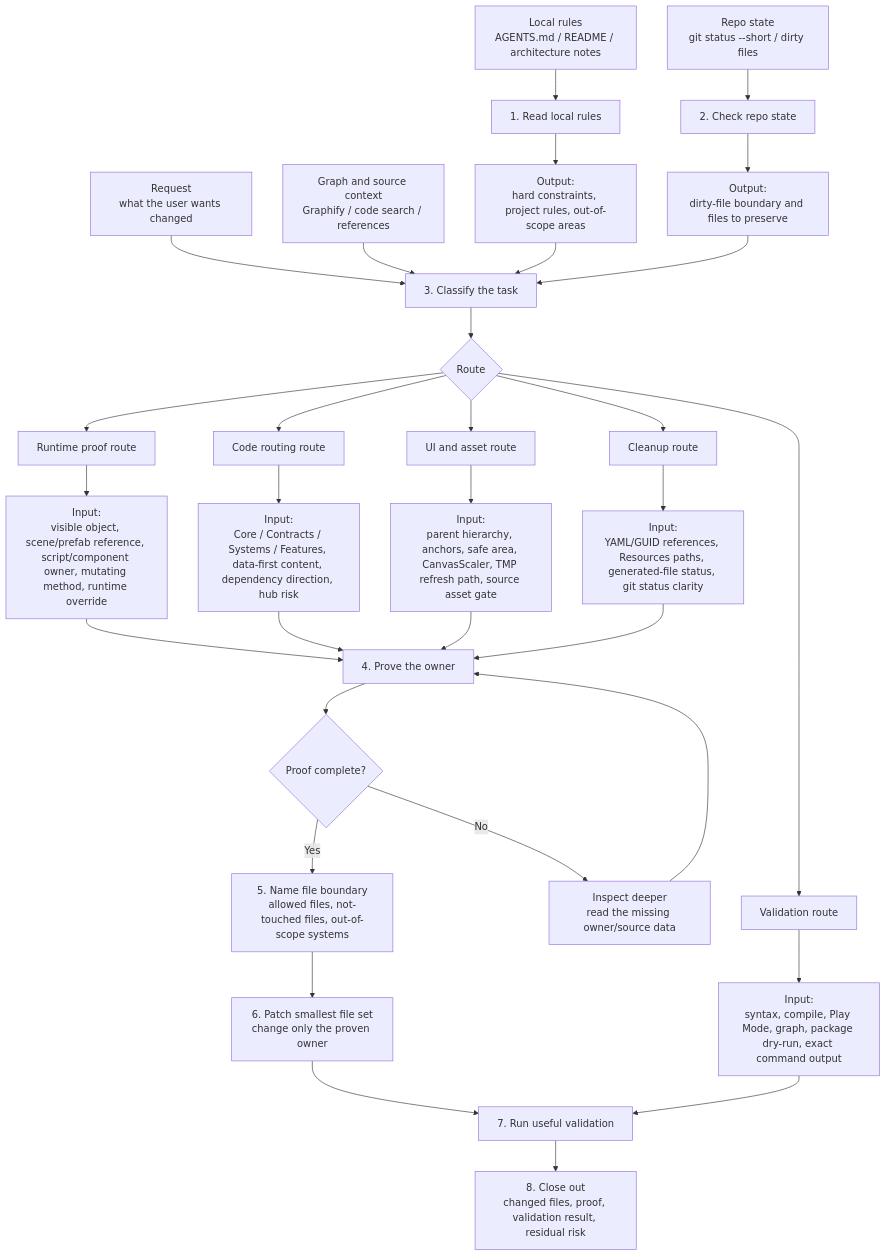
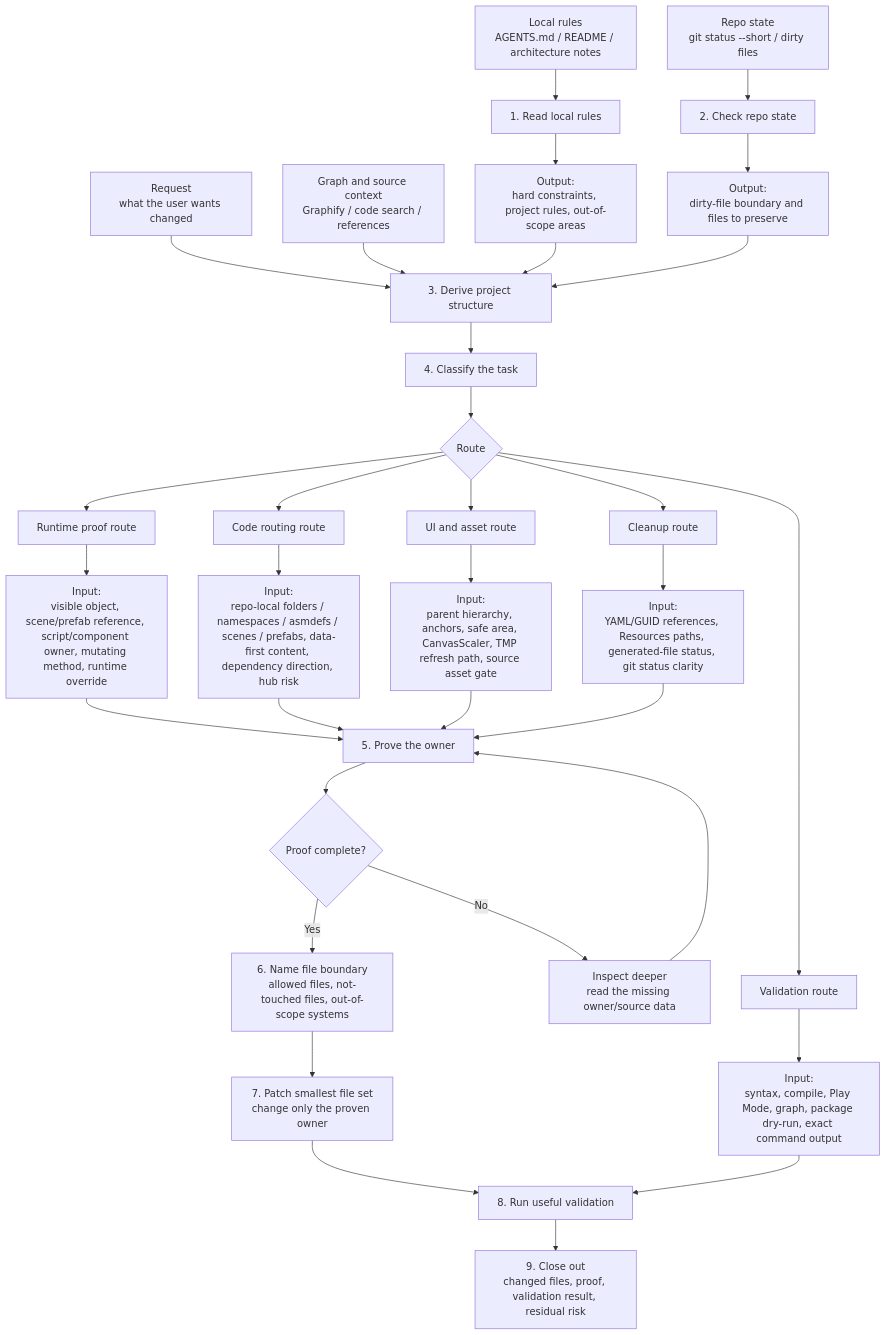
Before and after one commit to AUN-PN/unity-agent-workflows: the second of 2 diagrams in README.md, drawn with Mermaid. The commit also changed other lines of this file and 5 other files, not shown here.

Commit message:
Document project-derived Unity structure workflow

````diff
--- a/README.md
+++ b/README.md
@@ -89,42 +95,43 @@
 ```mermaid
 flowchart TD
-    A["Request<br/>what the user wants changed"] --> C["3. Classify the task"]
+    A["Request<br/>what the user wants changed"] --> D["3. Derive project structure"]
     B["Local rules<br/>AGENTS.md / README / architecture notes"] --> R["1. Read local rules"]
     S["Repo state<br/>git status --short / dirty files"] --> G["2. Check repo state"]
-    M["Graph and source context<br/>Graphify / code search / references"] --> C
+    M["Graph and source context<br/>Graphify / code search / references"] --> D
 
     R --> R1["Output:<br/>hard constraints, project rules, out-of-scope areas"]
     G --> G1["Output:<br/>dirty-file boundary and files to preserve"]
-    R1 --> C
-    G1 --> C
+    R1 --> D
+    G1 --> D
+    D --> C["4. Classify the task"]
 
     C --> C1{"Route"}
     C1 --> RP["Runtime proof route"]
     C1 --> CR["Code routing route"]
     C1 --> UI["UI and asset route"]
     C1 --> VA["Validation route"]
     C1 --> CL["Cleanup route"]
 
     RP --> RP1["Input:<br/>visible object, scene/prefab reference, script/component owner, mutating method, runtime override"]
-    RP1 --> O["4. Prove the owner"]
+    RP1 --> O["5. Prove the owner"]
 
-    CR --> CR1["Input:<br/>Core / Contracts / Systems / Features, data-first content, dependency direction, hub risk"]
+    CR --> CR1["Input:<br/>repo-local folders / namespaces / asmdefs / scenes / prefabs, data-first content, dependency direction, hub risk"]
     CR1 --> O
 
     UI --> UI1["Input:<br/>parent hierarchy, anchors, safe area, CanvasScaler, TMP refresh path, source asset gate"]
     UI1 --> O
 
     CL --> CL1["Input:<br/>YAML/GUID references, Resources paths, generated-file status, git status clarity"]
     CL1 --> O
 
     O --> P{"Proof complete?"}
     P -- "No" --> X["Inspect deeper<br/>read the missing owner/source data"]
     X --> O
-    P -- "Yes" --> F["5. Name file boundary<br/>allowed files, not-touched files, out-of-scope systems"]
+    P -- "Yes" --> F["6. Name file boundary<br/>allowed files, not-touched files, out-of-scope systems"]
 
-    F --> H["6. Patch smallest file set<br/>change only the proven owner"]
+    F --> H["7. Patch smallest file set<br/>change only the proven owner"]
     VA --> V1["Input:<br/>syntax, compile, Play Mode, graph, package dry-run, exact command output"]
-    H --> V["7. Run useful validation"]
+    H --> V["8. Run useful validation"]
     V1 --> V
-    V --> Z["8. Close out<br/>changed files, proof, validation result, residual risk"]
+    V --> Z["9. Close out<br/>changed files, proof, validation result, residual risk"]
 ```
````
